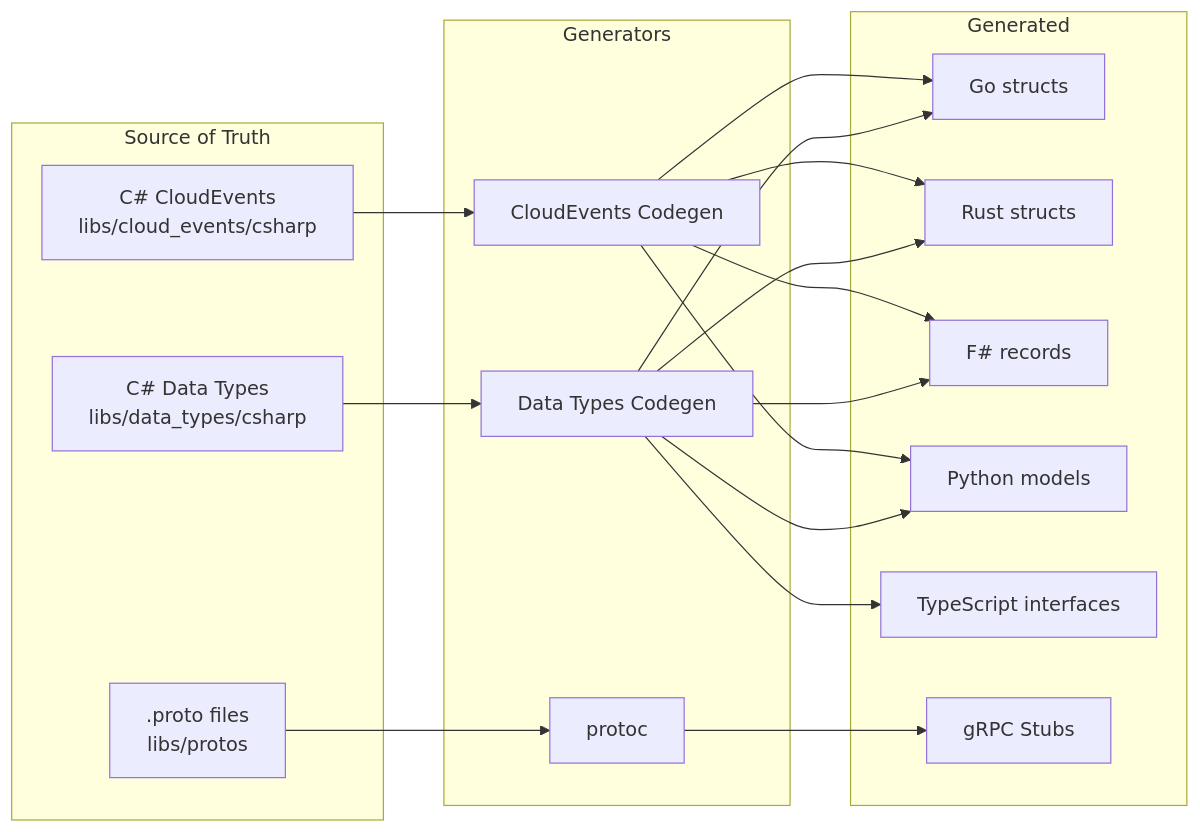
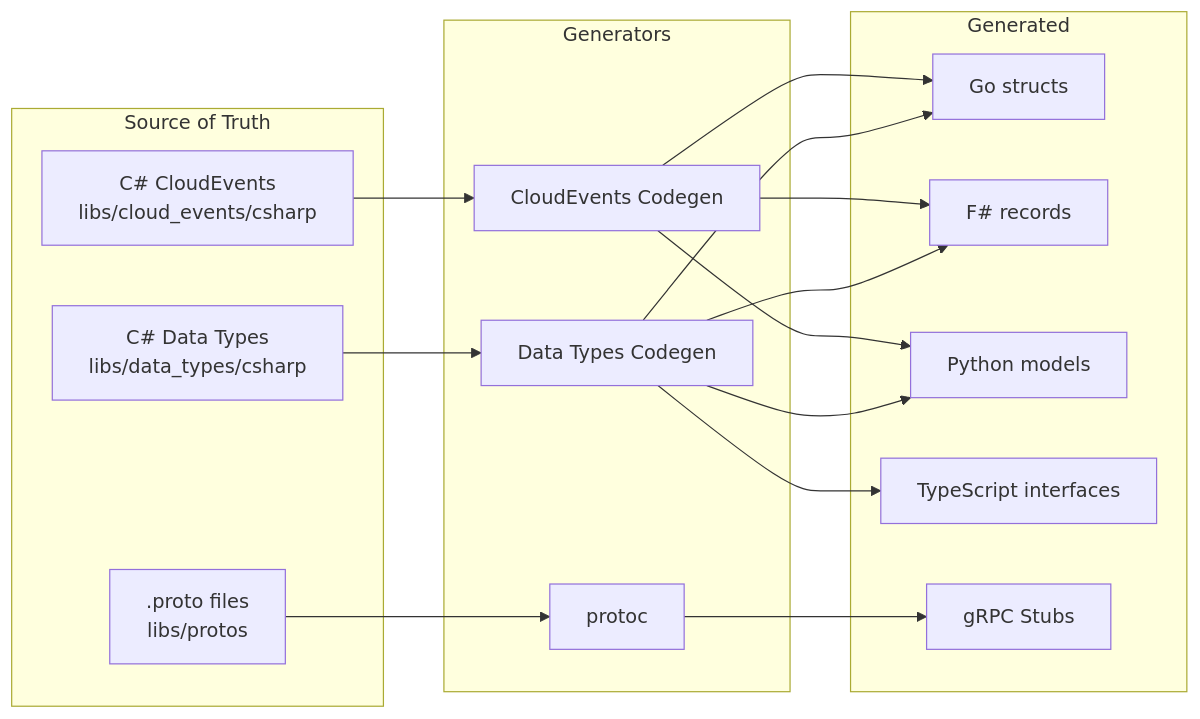
The first of 2 diagrams in docs/guide/codegen.md (Nechja/hellArch), drawn with Mermaid before and after one commit. The commit also changed other lines of this file and 254 other files, not shown here.

````diff
--- a/docs/guide/codegen.md
+++ b/docs/guide/codegen.md
@@ -7,36 +7,33 @@
 ```mermaid
 graph LR
     subgraph Source of Truth
         DT[C# Data Types<br/>libs/data_types/csharp]
         CE[C# CloudEvents<br/>libs/cloud_events/csharp]
         PROTO[.proto files<br/>libs/protos]
     end
 
     subgraph Generators
         DT_GEN[Data Types Codegen]
         CE_GEN[CloudEvents Codegen]
         PROTOC[protoc]
     end
 
     subgraph Generated
         GO[Go structs]
-        RUST[Rust structs]
         FS[F# records]
         PY[Python models]
         TS[TypeScript interfaces]
         GRPC[gRPC Stubs]
     end
 
     DT --> DT_GEN
     CE --> CE_GEN
     DT_GEN --> GO
-    DT_GEN --> RUST
     DT_GEN --> FS
     DT_GEN --> PY
     DT_GEN --> TS
     CE_GEN --> GO
-    CE_GEN --> RUST
     CE_GEN --> FS
     CE_GEN --> PY
     PROTO --> PROTOC --> GRPC
 ```
````
